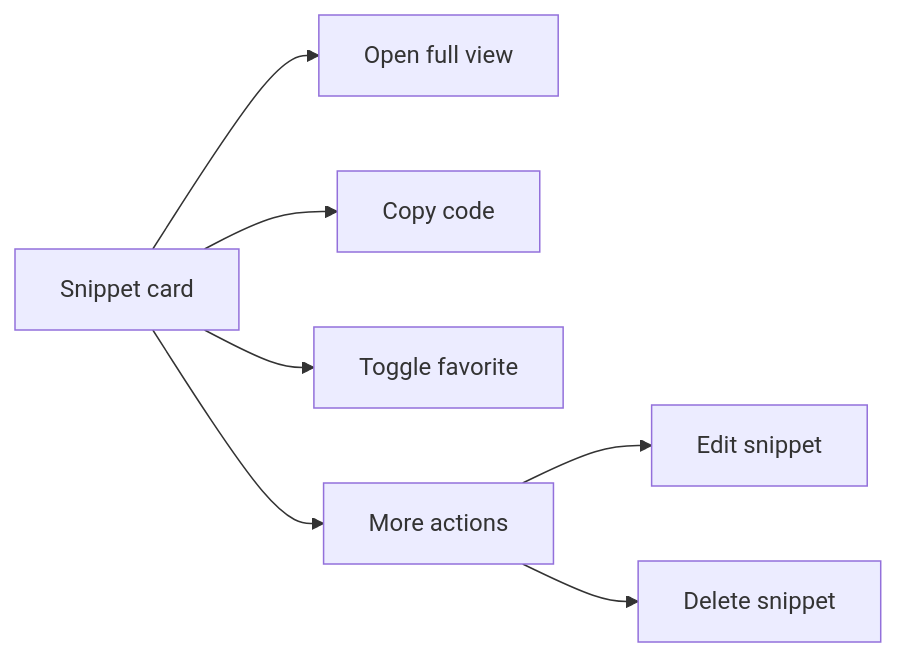
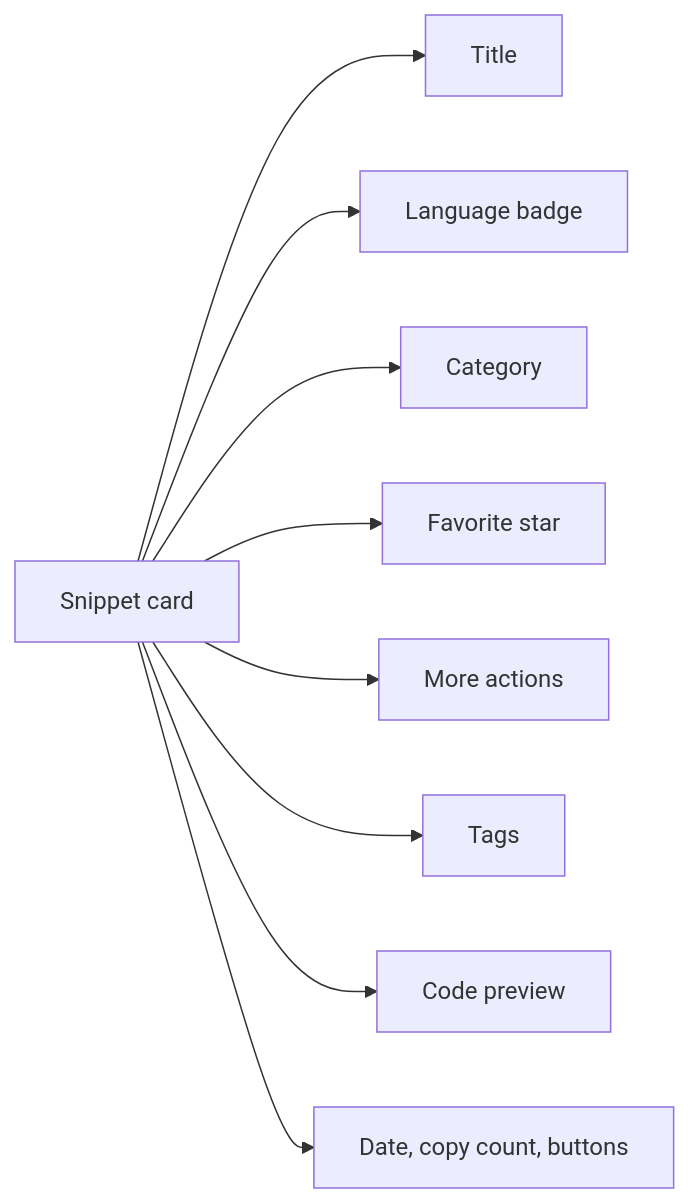
One commit to Mohita111/API2 changed the second of 3 diagrams in api2-documentation/plan_2026-11-02_f8890e/user-facing-docs/snippet-library.md. Above: the diagram before and after it, drawn with Mermaid. The commit also changed other lines of this file and 13 other files, not shown here.

````diff
--- a/api2-documentation/plan_2026-11-02_f8890e/user-facing-docs/snippet-library.md
+++ b/api2-documentation/plan_2026-11-02_f8890e/user-facing-docs/snippet-library.md
@@ -111,9 +77,11 @@
 ```mermaid
 graph LR
-  Card[Snippet card] --> Open[Open full view]
-  Card --> Copy[Copy code]
-  Card --> Star[Toggle favorite]
-  Card --> Menu[More actions]
-  Menu --> Edit[Edit snippet]
-  Menu --> Delete[Delete snippet]
+    Card["Snippet card"] --> Title
+    Card --> Badge["Language badge"]
+    Card --> Category["Category"]
+    Card --> Star["Favorite star"]
+    Card --> More["More actions"]
+    Card --> Tags
+    Card --> Preview["Code preview"]
+    Card --> Footer["Date, copy count, buttons"]
 ```
````
